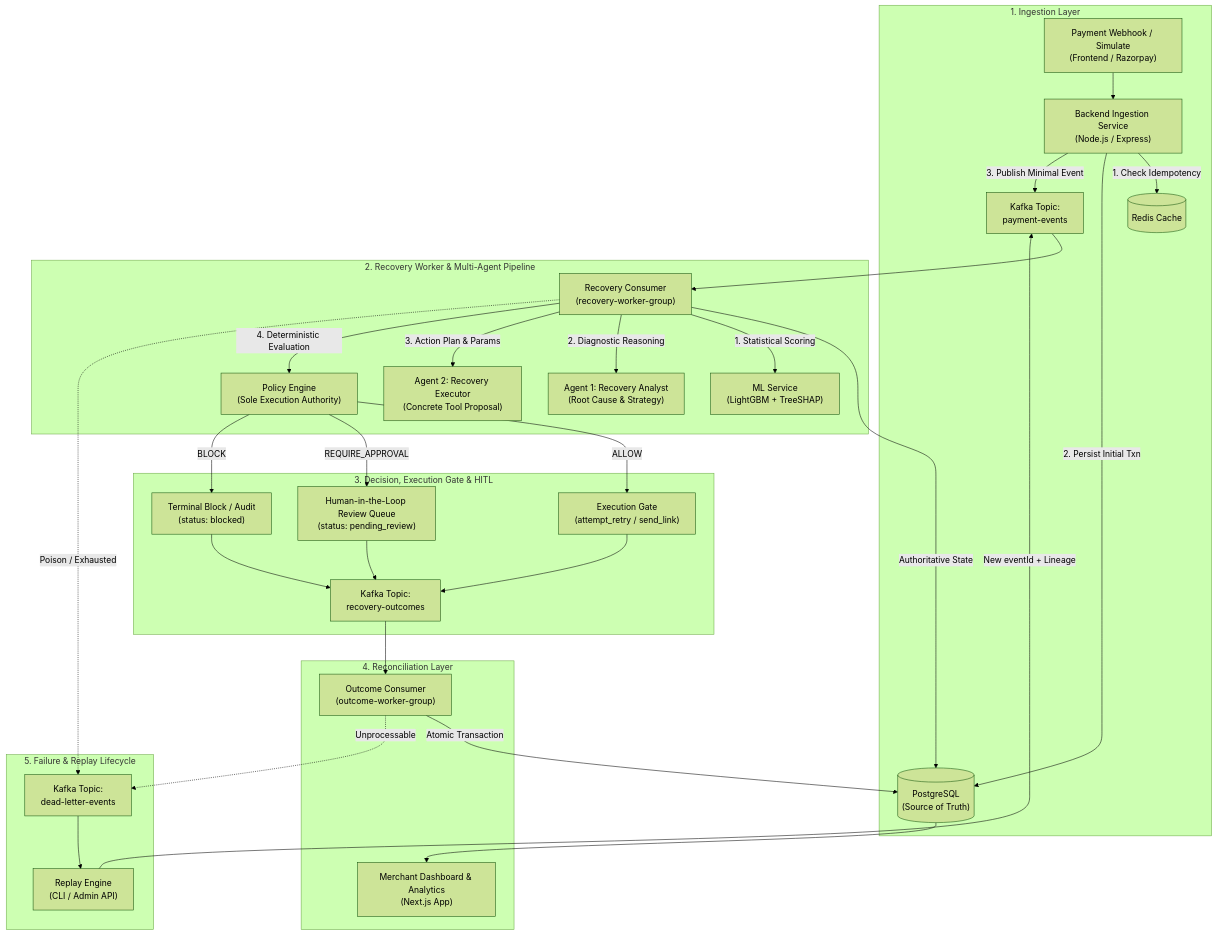
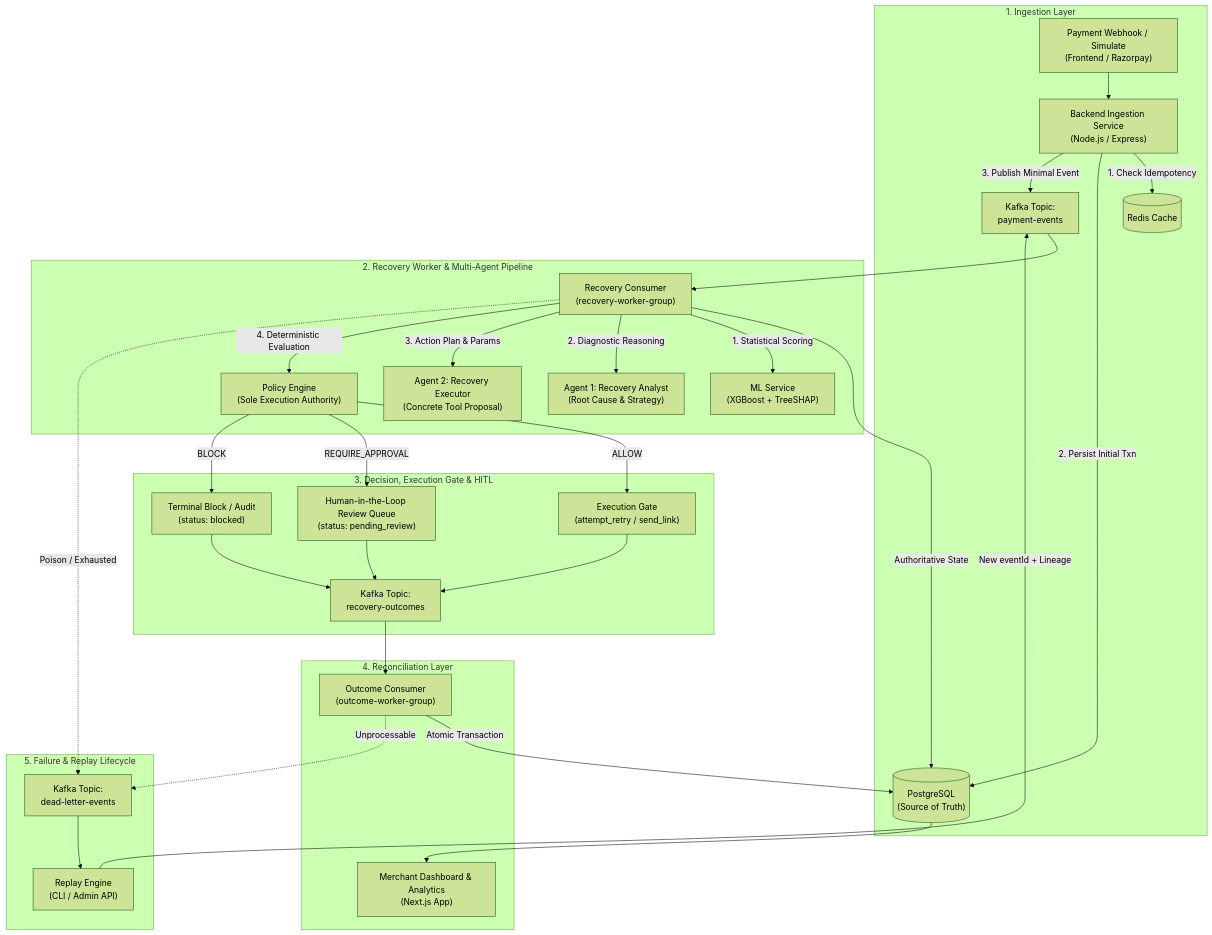
Before and after one commit to sohamdas01/RecoverIQ: the first of 4 diagrams in README.md, drawn with Mermaid (forest theme). The commit also changed 52 other files, not shown here.

````diff
--- a/README.md
+++ b/README.md
@@ -11,40 +11,40 @@
 ```mermaid
 flowchart TD
     subgraph Ingestion["1. Ingestion Layer"]
         WH["Payment Webhook / Simulate\n(Frontend / Razorpay)"] --> BACKEND["Backend Ingestion Service\n(Node.js / Express)"]
         BACKEND -->|1. Check Idempotency| REDIS[("Redis Cache")]
         BACKEND -->|2. Persist Initial Txn| DB[("PostgreSQL\n(Source of Truth)")]
         BACKEND -->|3. Publish Minimal Event| TOPIC_PAY["Kafka Topic:\npayment-events"]
     end
 
     subgraph Pipeline["2. Recovery Worker & Multi-Agent Pipeline"]
         TOPIC_PAY --> RW["Recovery Consumer\n(recovery-worker-group)"]
         RW -->|Authoritative State| DB
-        RW -->|1. Statistical Scoring| ML["ML Service\n(LightGBM + TreeSHAP)"]
+        RW -->|1. Statistical Scoring| ML["ML Service\n(XGBoost + TreeSHAP)"]
         RW -->|2. Diagnostic Reasoning| A1["Agent 1: Recovery Analyst\n(Root Cause & Strategy)"]
         RW -->|3. Action Plan & Params| A2["Agent 2: Recovery Executor\n(Concrete Tool Proposal)"]
         RW -->|4. Deterministic Evaluation| PE["Policy Engine\n(Sole Execution Authority)"]
     end
 
     subgraph Decision["3. Decision, Execution Gate & HITL"]
         PE -->|ALLOW| GATE["Execution Gate\n(attempt_retry / send_link)"]
         PE -->|REQUIRE_APPROVAL| HITL["Human-in-the-Loop Review Queue\n(status: pending_review)"]
         PE -->|BLOCK| BLK["Terminal Block / Audit\n(status: blocked)"]
         GATE --> TOPIC_OUT["Kafka Topic:\nrecovery-outcomes"]
         HITL --> TOPIC_OUT
         BLK --> TOPIC_OUT
     end
 
     subgraph Outcome["4. Reconciliation Layer"]
         TOPIC_OUT --> OW["Outcome Consumer\n(outcome-worker-group)"]
         OW -->|Atomic Transaction| DB
         DB --> FE["Merchant Dashboard & Analytics\n(Next.js App)"]
     end
 
     subgraph DLQ_Flow["5. Failure & Replay Lifecycle"]
         RW -.->|Poison / Exhausted| TOPIC_DLQ["Kafka Topic:\ndead-letter-events"]
         OW -.->|Unprocessable| TOPIC_DLQ
         TOPIC_DLQ --> REPLAY["Replay Engine\n(CLI / Admin API)"]
         REPLAY -->|New eventId + Lineage| TOPIC_PAY
     end
 ```
````
